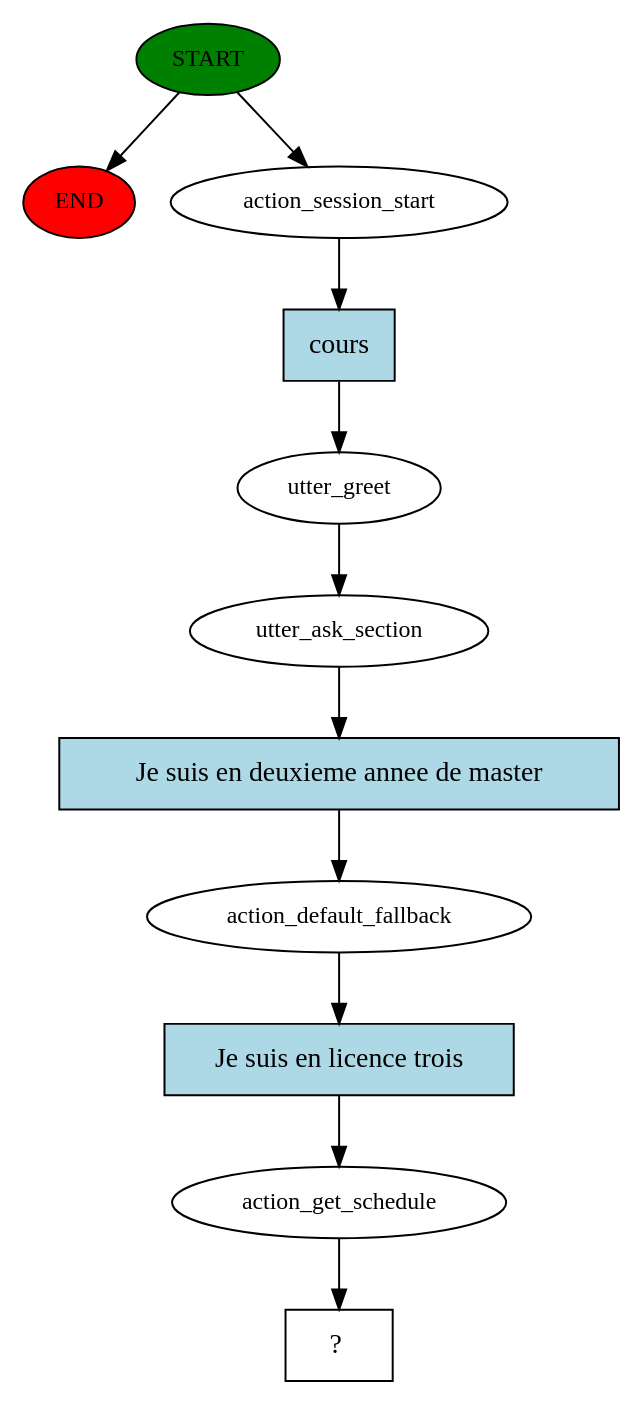
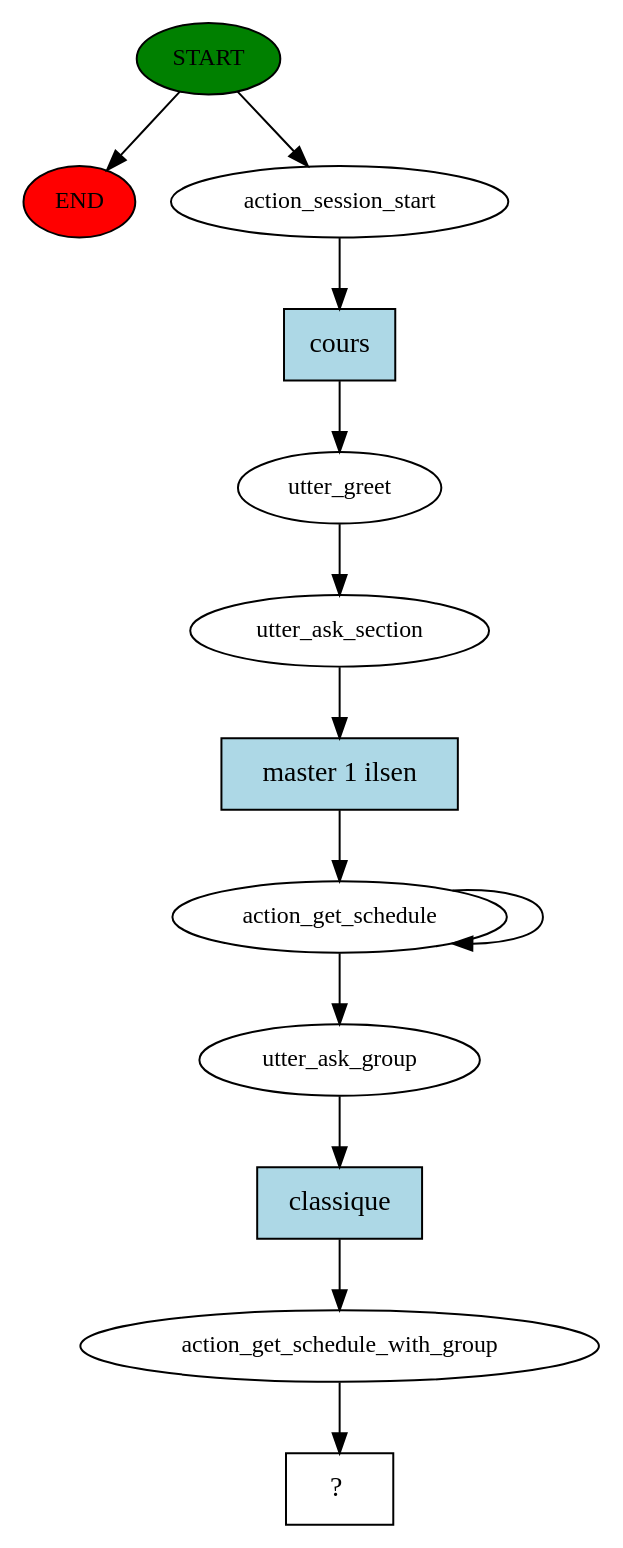
The diagram in story_graph.dot (AdelChabli/RasaProject), drawn with Graphviz before and after one commit. The commit also changed 9 other files, not shown here.

```diff
--- a/story_graph.dot
+++ b/story_graph.dot
@@ -1,23 +1,26 @@
 digraph  {
 0 [class="start active", fillcolor=green, fontsize=12, label=START, style=filled];
 "-1" [class=end, fillcolor=red, fontsize=12, label=END, style=filled];
 1 [class=active, fontsize=12, label=action_session_start];
 2 [class=active, fontsize=12, label=utter_greet];
 3 [class=active, fontsize=12, label=utter_ask_section];
-4 [class=active, fontsize=12, label=action_default_fallback];
-5 [class=active, fontsize=12, label=action_get_schedule];
-6 [class="intent dashed active", label="  ?  ", shape=rect];
-7 [class="intent active", fillcolor=lightblue, label=cours, shape=rect, style=filled];
-8 [class="intent active", fillcolor=lightblue, label="Je suis en deuxieme annee de master", shape=rect, style=filled];
-9 [class="intent active", fillcolor=lightblue, label="Je suis en licence trois", shape=rect, style=filled];
+4 [class=active, fontsize=12, label=action_get_schedule];
+6 [class=active, fontsize=12, label=utter_ask_group];
+7 [class=active, fontsize=12, label=action_get_schedule_with_group];
+8 [class="intent dashed active", label="  ?  ", shape=rect];
+9 [class="intent active", fillcolor=lightblue, label=cours, shape=rect, style=filled];
+10 [class="intent active", fillcolor=lightblue, label="master 1 ilsen", shape=rect, style=filled];
+11 [class="intent active", fillcolor=lightblue, label=classique, shape=rect, style=filled];
 0 -> "-1"  [class="", key=NONE, label=""];
 0 -> 1  [class=active, key=NONE, label=""];
-1 -> 7  [class=active, key=0];
+1 -> 9  [class=active, key=0];
 2 -> 3  [class=active, key=NONE, label=""];
-3 -> 8  [class=active, key=0];
-4 -> 9  [class=active, key=0];
-5 -> 6  [class=active, key=NONE, label=""];
-7 -> 2  [class=active, key=0];
-8 -> 4  [class=active, key=0];
-9 -> 5  [class=active, key=0];
+3 -> 10  [class=active, key=0];
+4 -> 6  [class=active, key=NONE, label=""];
+4 -> 4  [class=active, key=NONE, label=""];
+6 -> 11  [class=active, key=0];
+7 -> 8  [class=active, key=NONE, label=""];
+9 -> 2  [class=active, key=0];
+10 -> 4  [class=active, key=0];
+11 -> 7  [class=active, key=0];
 }
```
